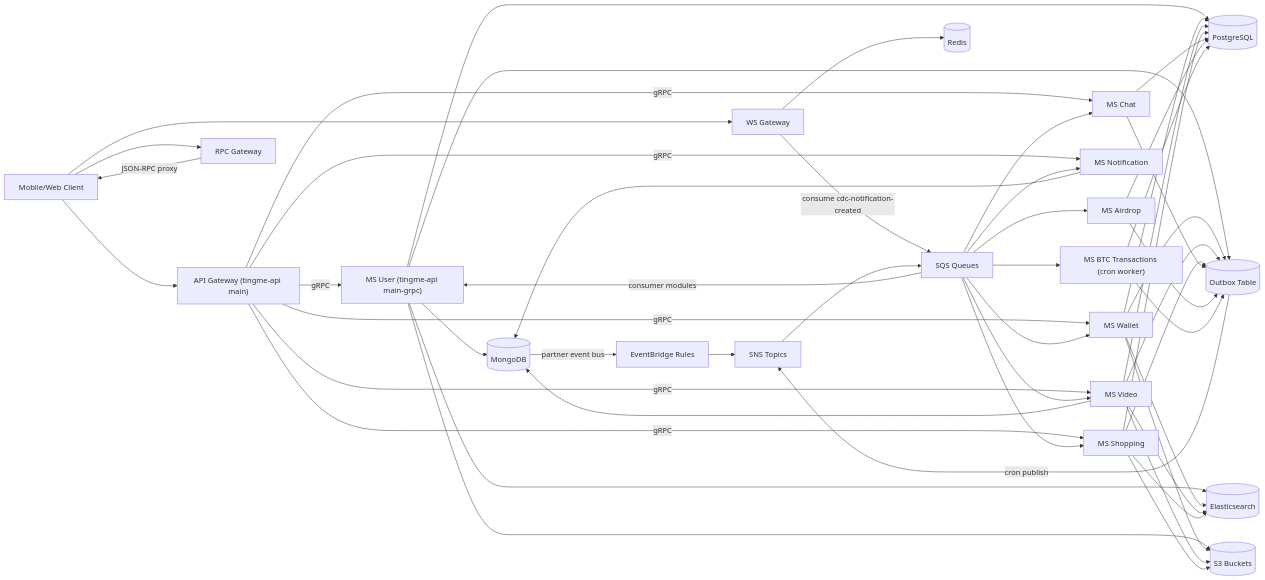
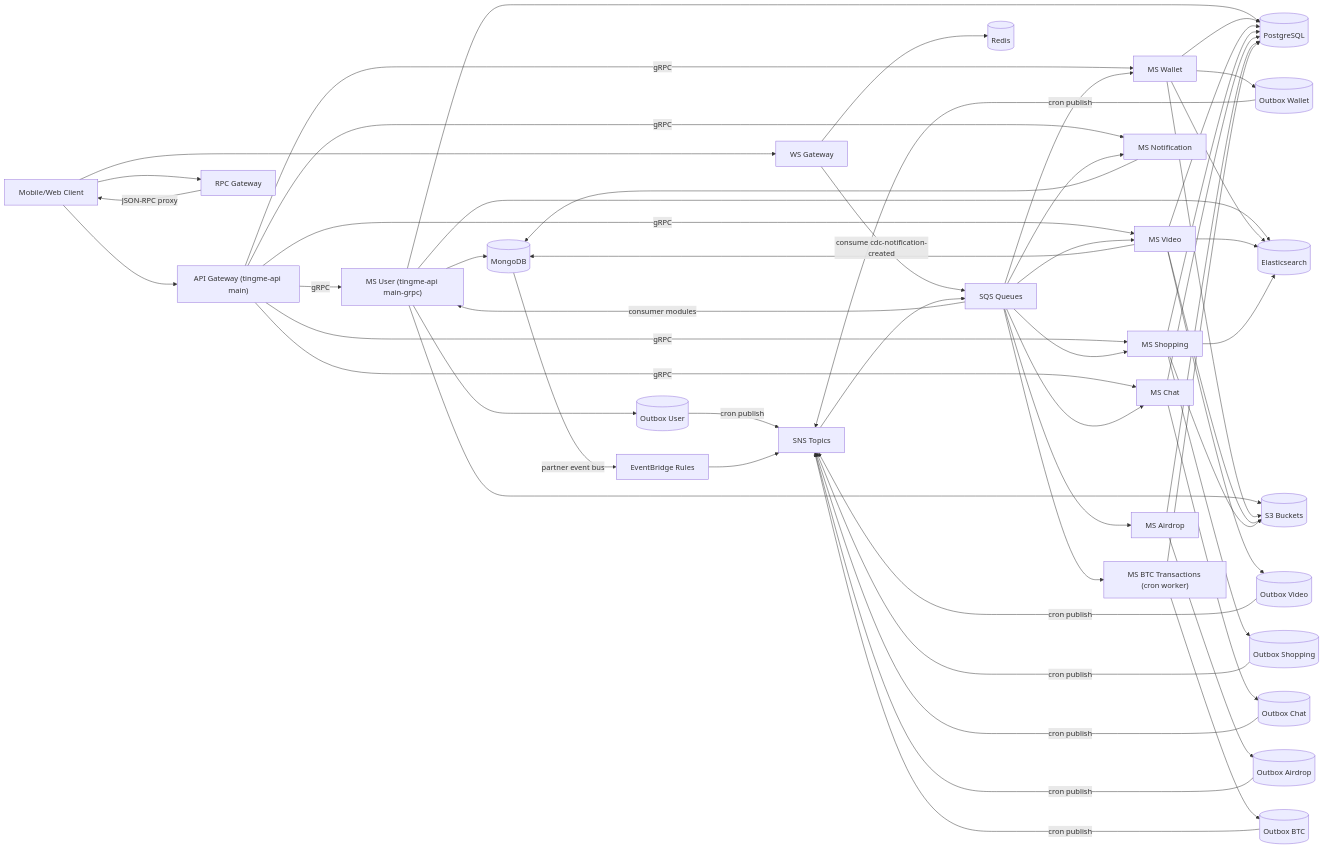
One commit to rexviet/tingme-public changed the diagram in README.md. Above: the diagram before and after it, drawn with Mermaid. The commit also changed other lines of this file, not shown here.

```diff
--- a/README.md
+++ b/README.md
@@ -35,7 +35,13 @@
     SNS[SNS Topics]
     SQS[SQS Queues]
     EB[EventBridge Rules]
-    OX[(Outbox Table)]
+    OXU[(Outbox User)]
+    OXW[(Outbox Wallet)]
+    OXV[(Outbox Video)]
+    OXS[(Outbox Shopping)]
+    OXCH[(Outbox Chat)]
+    OXA[(Outbox Airdrop)]
+    OXBTC[(Outbox BTC)]
 
     PG[(PostgreSQL)]
     MG[(MongoDB)]
@@ -69,15 +75,21 @@
     A --> PG
     BTC --> PG
 
-    U --> OX
-    W --> OX
-    V --> OX
-    S --> OX
-    CH --> OX
-    A --> OX
-    BTC --> OX
+    U --> OXU
+    W --> OXW
+    V --> OXV
+    S --> OXS
+    CH --> OXCH
+    A --> OXA
+    BTC --> OXBTC
 
-    OX -->|cron publish| SNS
+    OXU -->|cron publish| SNS
+    OXW -->|cron publish| SNS
+    OXV -->|cron publish| SNS
+    OXS -->|cron publish| SNS
+    OXCH -->|cron publish| SNS
+    OXA -->|cron publish| SNS
+    OXBTC -->|cron publish| SNS
     SNS --> SQS
     SQS -->|consumer modules| U
     SQS --> W
```
